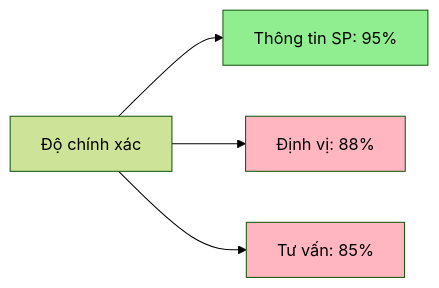
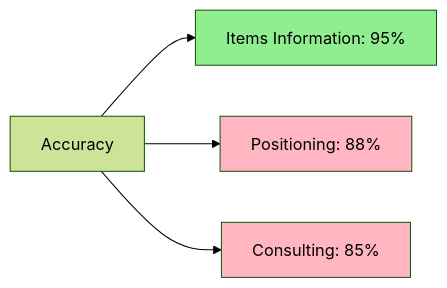
Before and after one commit to Luisnguyen1/SenEdge: diagram 12 of 16 in document_english_version/final_report.md, drawn with Mermaid (forest theme). The commit also changed other lines of this file, not shown here.

````diff
--- a/document_english_version/final_report.md
+++ b/document_english_version/final_report.md
@@ -455,10 +455,10 @@
 ```mermaid
 graph LR
-    A[Độ chính xác] --> B[Thông tin SP: 95%]
-    A --> C[Định vị: 88%]
-    A --> D[Tư vấn: 85%]
+    A[Accuracy] --> B[Items Information: 95%]
+    A --> C[Positioning: 88%]
+    A --> D[Consulting: 85%]
     
     style B fill:#90EE90
     style C fill:#FFB6C1
     style D fill:#FFB6C1
 ```
````
